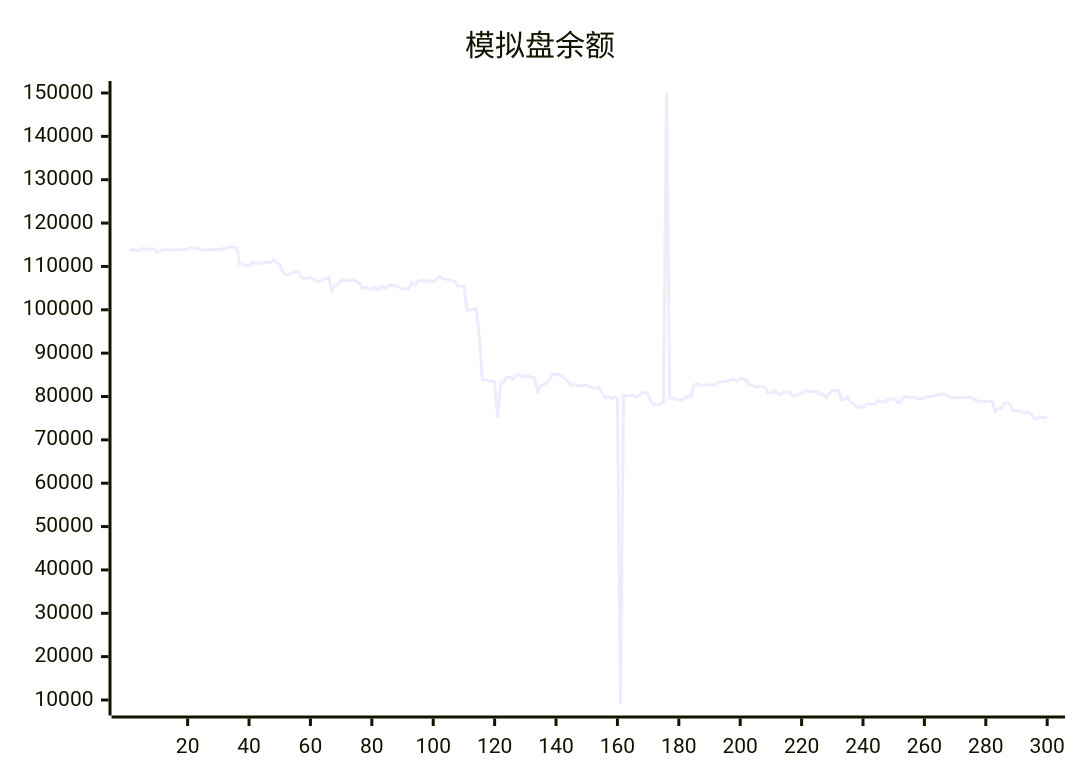
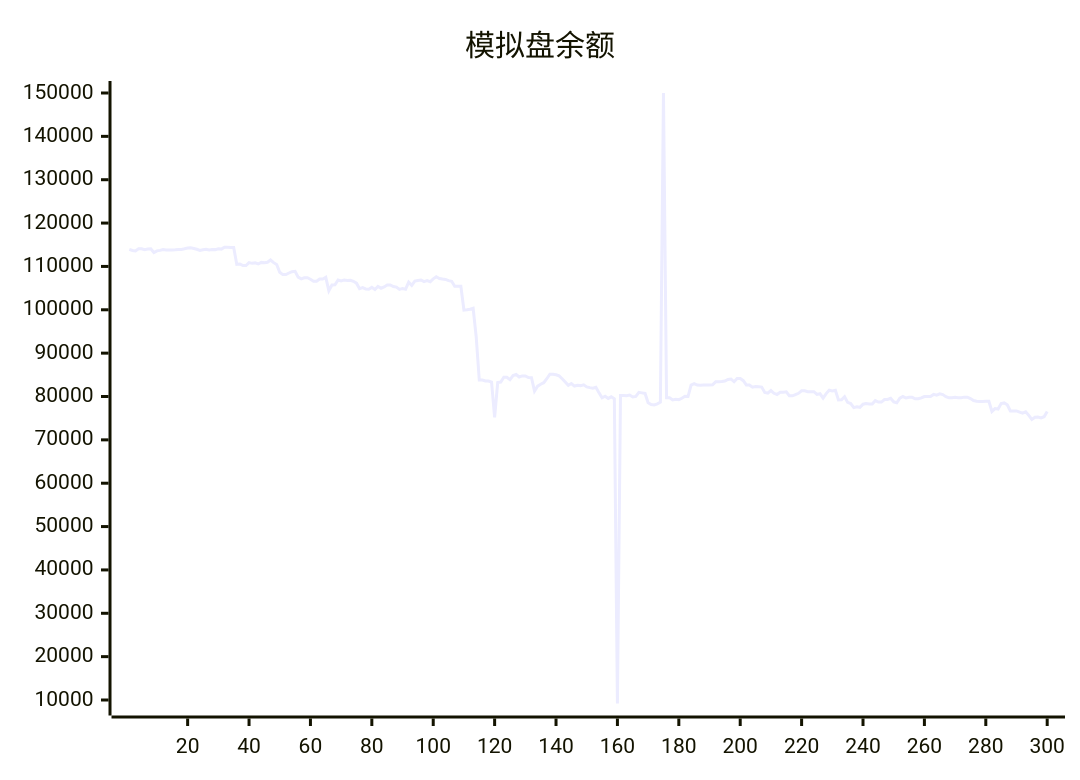
One commit to aahl/ai-trading changed the diagram in README.md. Above: the diagram before and after it, drawn with Mermaid. The commit also changed other lines of this file and 1 other file, not shown here.

````diff
--- a/README.md
+++ b/README.md
@@ -5,5 +5,5 @@
 ```mermaid
 xychart
     title "模拟盘余额"
-    line [113610,113930,113672,113585,114083,114074,113840,113996,114051,113208,113593,113701,113901,113794,113784,113810,113848,113927,113929,114064,114232,114293,114144,113960,113698,113853,113942,113812,113908,113877,114091,113998,114427,114422,114384,114384,110477,110576,110198,110198,110890,110712,110812,110569,110929,110847,110968,111478,110870,110433,108661,108116,108115,108485,108797,108877,107536,107134,107393,107393,107046,106565,106565,107081,107081,107478,104404,105715,105749,106866,106651,106889,106771,106816,106565,106141,104876,105103,104796,104734,105169,104690,105380,104941,105272,105709,105739,105374,105227,104691,104924,104762,106364,105628,106608,106748,106872,106485,106721,106468,107132,107620,107224,107080,107001,106717,106567,105431,105431,105440,99950,100017,100113,100337,93749,83795,83807,83567,83567,83342,75168,83222,83336,84448,84449,83896,84839,85065,84499,84757,84757,84364,84347,81254,82385,82835,83184,84099,85150,85150,85002,84751,84096,83356,82582,82983,82404,82572,82512,82688,82200,82047,81920,82125,80840,79688,80060,79552,79920,79470,9193,80236,80208,80170,80336,79894,80006,80954,80837,80712,78561,78139,78037,78293,78682,150000,79720,79720,79214,79372,79279,79591,80046,79993,82625,82950,82626,82571,82633,82670,82670,82681,83386,83378,83464,83579,83920,84037,83402,84160,84142,83652,82655,82655,82145,82315,82243,82163,80934,80770,81371,80742,80468,80989,80989,81067,80191,80155,80450,80737,81309,81309,81106,81119,81119,80471,80631,79624,80670,81448,81290,81429,79212,79222,79940,78643,78380,77432,77623,77504,78235,78358,78284,78277,79048,78714,78714,79290,79308,79567,78763,78563,79603,79988,79652,79813,79813,79476,79469,79673,79995,80015,80015,80486,80314,80600,80436,79966,79689,79689,79819,79692,79692,79850,79850,79518,79071,78889,78850,78850,78878,78878,76554,77202,77103,78357,78510,78106,76678,76677,76672,76411,76159,76485,75656,74695,75197,75246,75052,75334]
+    line [113930,113672,113585,114083,114074,113840,113996,114051,113208,113593,113701,113901,113794,113784,113810,113848,113927,113929,114064,114232,114293,114144,113960,113698,113853,113942,113812,113908,113877,114091,113998,114427,114422,114384,114384,110477,110576,110198,110198,110890,110712,110812,110569,110929,110847,110968,111478,110870,110433,108661,108116,108115,108485,108797,108877,107536,107134,107393,107393,107046,106565,106565,107081,107081,107478,104404,105715,105749,106866,106651,106889,106771,106816,106565,106141,104876,105103,104796,104734,105169,104690,105380,104941,105272,105709,105739,105374,105227,104691,104924,104762,106364,105628,106608,106748,106872,106485,106721,106468,107132,107620,107224,107080,107001,106717,106567,105431,105431,105440,99950,100017,100113,100337,93749,83795,83807,83567,83567,83342,75168,83222,83336,84448,84449,83896,84839,85065,84499,84757,84757,84364,84347,81254,82385,82835,83184,84099,85150,85150,85002,84751,84096,83356,82582,82983,82404,82572,82512,82688,82200,82047,81920,82125,80840,79688,80060,79552,79920,79470,9193,80236,80208,80170,80336,79894,80006,80954,80837,80712,78561,78139,78037,78293,78682,150000,79720,79720,79214,79372,79279,79591,80046,79993,82625,82950,82626,82571,82633,82670,82670,82681,83386,83378,83464,83579,83920,84037,83402,84160,84142,83652,82655,82655,82145,82315,82243,82163,80934,80770,81371,80742,80468,80989,80989,81067,80191,80155,80450,80737,81309,81309,81106,81119,81119,80471,80631,79624,80670,81448,81290,81429,79212,79222,79940,78643,78380,77432,77623,77504,78235,78358,78284,78277,79048,78714,78714,79290,79308,79567,78763,78563,79603,79988,79652,79813,79813,79476,79469,79673,79995,80015,80015,80486,80314,80600,80436,79966,79689,79689,79819,79692,79692,79850,79850,79518,79071,78889,78850,78850,78878,78878,76554,77202,77103,78357,78510,78106,76678,76677,76672,76411,76159,76485,75656,74695,75197,75246,75052,75334,76564]
 ```
````
